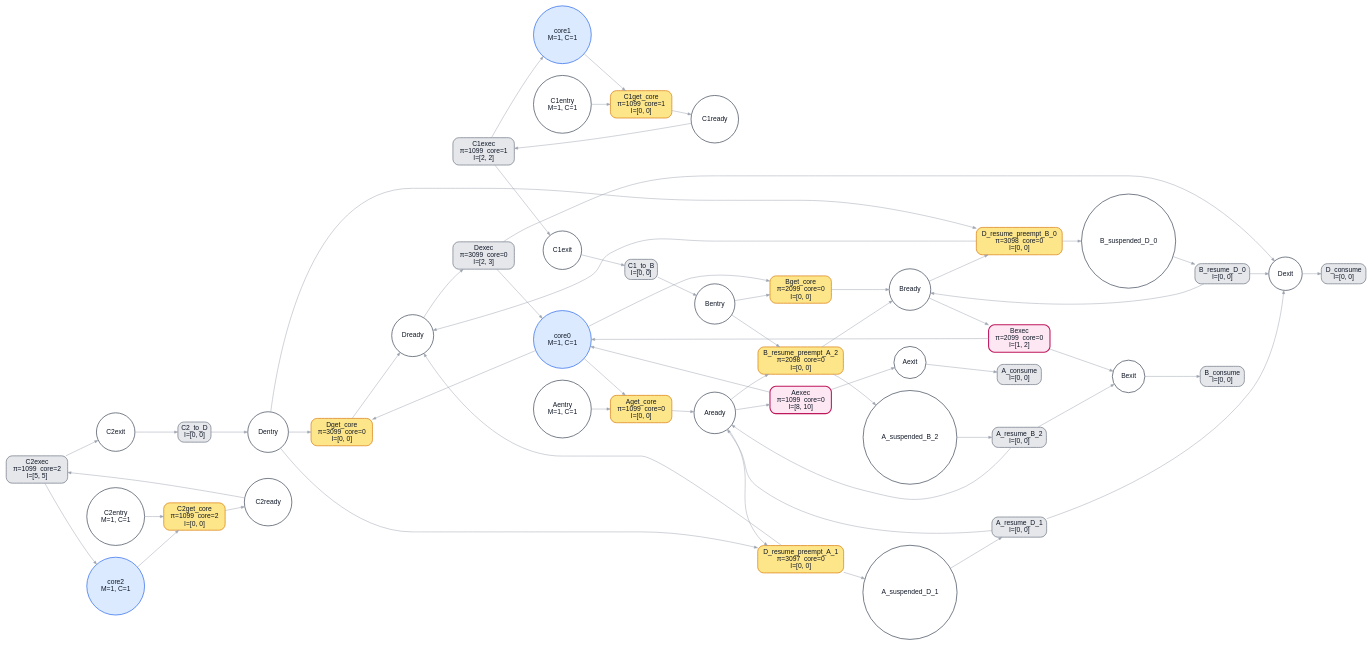
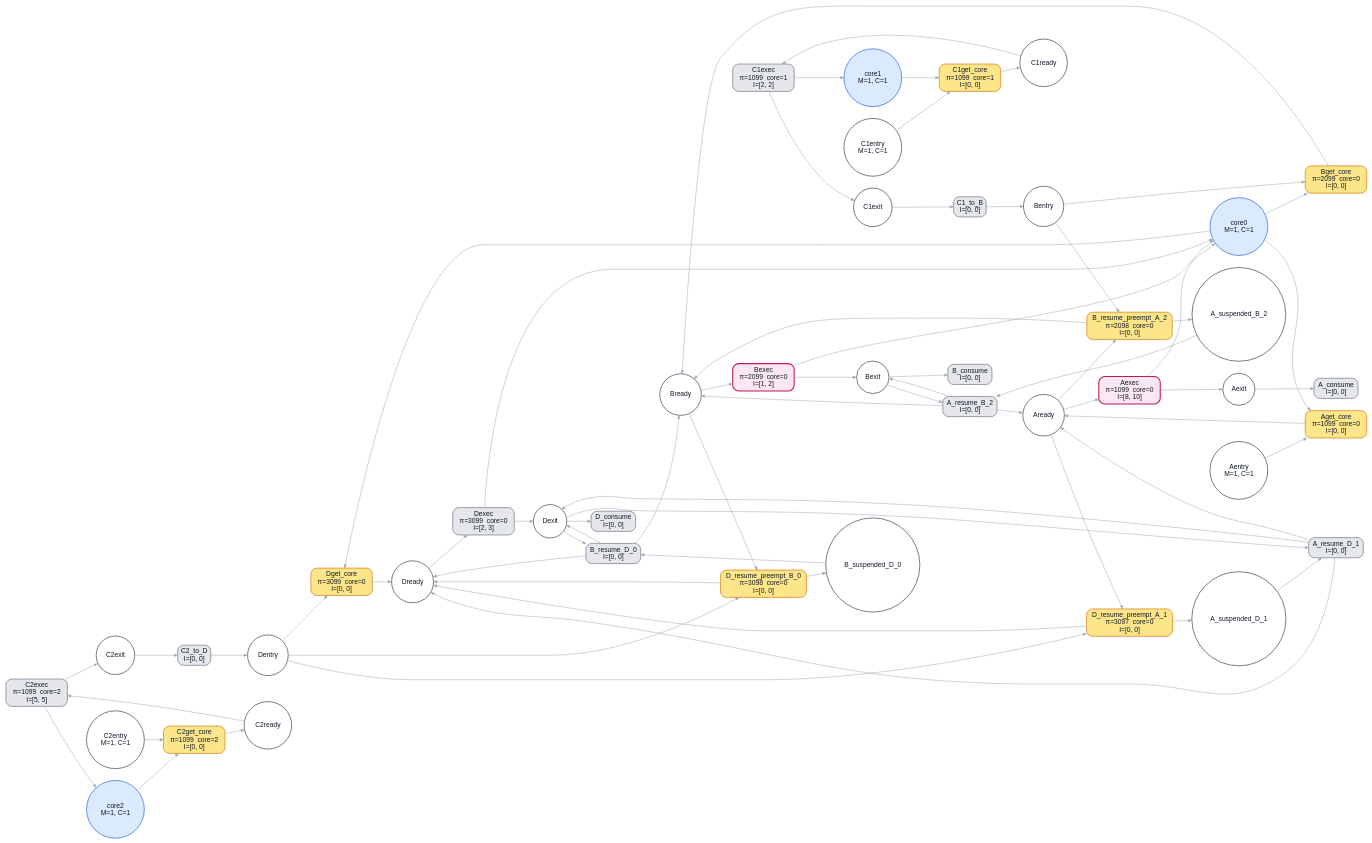
One commit to kevindadi/PPTPN changed the diagram in example/bench/preemption_chain/ptpn.dot. Above: the diagram before and after it, drawn with Graphviz. The commit also changed 22 other files, not shown here.

```diff
--- a/example/bench/preemption_chain/ptpn.dot
+++ b/example/bench/preemption_chain/ptpn.dot
@@ -1,105 +1,111 @@
 digraph G {
 graph [rankdir=LR, fontname="Helvetica", nodesep=0.35, ranksep=0.55, bgcolor="white"];
 node [fontname="Helvetica", margin=0.08, style="filled,rounded", fontcolor="#111827"];
 edge [fontname="Helvetica", color="#9ca3af", arrowsize=0.7];
 "Dentry" [label="Dentry", shape="circle", style="filled,rounded", fillcolor="#ffffff", color="#374151", fontcolor="#111827", penwidth="1.4"];
 "Dready" [label="Dready", shape="circle", style="filled,rounded", fillcolor="#ffffff", color="#374151", fontcolor="#111827", penwidth="1.4"];
 "Dexit" [label="Dexit", shape="circle", style="filled,rounded", fillcolor="#ffffff", color="#374151", fontcolor="#111827", penwidth="1.4"];
 "C2entry" [label="C2entry\nM=1, C=1", shape="circle", style="filled,rounded", fillcolor="#ffffff", color="#374151", fontcolor="#111827", penwidth="1.4"];
 "C2ready" [label="C2ready", shape="circle", style="filled,rounded", fillcolor="#ffffff", color="#374151", fontcolor="#111827", penwidth="1.4"];
 "C2exit" [label="C2exit", shape="circle", style="filled,rounded", fillcolor="#ffffff", color="#374151", fontcolor="#111827", penwidth="1.4"];
 "Bentry" [label="Bentry", shape="circle", style="filled,rounded", fillcolor="#ffffff", color="#374151", fontcolor="#111827", penwidth="1.4"];
 "Bready" [label="Bready", shape="circle", style="filled,rounded", fillcolor="#ffffff", color="#374151", fontcolor="#111827", penwidth="1.4"];
 "Bexit" [label="Bexit", shape="circle", style="filled,rounded", fillcolor="#ffffff", color="#374151", fontcolor="#111827", penwidth="1.4"];
 "C1entry" [label="C1entry\nM=1, C=1", shape="circle", style="filled,rounded", fillcolor="#ffffff", color="#374151", fontcolor="#111827", penwidth="1.4"];
 "C1ready" [label="C1ready", shape="circle", style="filled,rounded", fillcolor="#ffffff", color="#374151", fontcolor="#111827", penwidth="1.4"];
 "C1exit" [label="C1exit", shape="circle", style="filled,rounded", fillcolor="#ffffff", color="#374151", fontcolor="#111827", penwidth="1.4"];
 "Aentry" [label="Aentry\nM=1, C=1", shape="circle", style="filled,rounded", fillcolor="#ffffff", color="#374151", fontcolor="#111827", penwidth="1.4"];
 "Aready" [label="Aready", shape="circle", style="filled,rounded", fillcolor="#ffffff", color="#374151", fontcolor="#111827", penwidth="1.4"];
 "Aexit" [label="Aexit", shape="circle", style="filled,rounded", fillcolor="#ffffff", color="#374151", fontcolor="#111827", penwidth="1.4"];
 "B_suspended_D_0" [label="B_suspended_D_0", shape="circle", style="filled,rounded", fillcolor="#ffffff", color="#374151", fontcolor="#111827", penwidth="1.4"];
 "A_suspended_D_1" [label="A_suspended_D_1", shape="circle", style="filled,rounded", fillcolor="#ffffff", color="#374151", fontcolor="#111827", penwidth="1.4"];
 "A_suspended_B_2" [label="A_suspended_B_2", shape="circle", style="filled,rounded", fillcolor="#ffffff", color="#374151", fontcolor="#111827", penwidth="1.4"];
 "core0" [label="core0\nM=1, C=1", shape="circle", style="filled,rounded", fillcolor="#dbeafe", color="#2563eb", fontcolor="#111827", penwidth="1.4"];
 "core1" [label="core1\nM=1, C=1", shape="circle", style="filled,rounded", fillcolor="#dbeafe", color="#2563eb", fontcolor="#111827", penwidth="1.4"];
 "core2" [label="core2\nM=1, C=1", shape="circle", style="filled,rounded", fillcolor="#dbeafe", color="#2563eb", fontcolor="#111827", penwidth="1.4"];
 "Dget_core" [label="Dget_core\nπ=3099  core=0\nI=[0, 0]", shape="box", style="filled,rounded", fillcolor="#fde68a", color="#d97706", fontcolor="#111827", penwidth="1.4"];
 "Dexec" [label="Dexec\nπ=3099  core=0\nI=[2, 3]", shape="box", style="filled,rounded", fillcolor="#e5e7eb", color="#6b7280", fontcolor="#111827", penwidth="1.4"];
 "C2get_core" [label="C2get_core\nπ=1099  core=2\nI=[0, 0]", shape="box", style="filled,rounded", fillcolor="#fde68a", color="#d97706", fontcolor="#111827", penwidth="1.4"];
 "C2exec" [label="C2exec\nπ=1099  core=2\nI=[5, 5]", shape="box", style="filled,rounded", fillcolor="#e5e7eb", color="#6b7280", fontcolor="#111827", penwidth="1.4"];
 "Bget_core" [label="Bget_core\nπ=2099  core=0\nI=[0, 0]", shape="box", style="filled,rounded", fillcolor="#fde68a", color="#d97706", fontcolor="#111827", penwidth="1.4"];
 "Bexec" [label="Bexec\nπ=2099  core=0\nI=[1, 2]", shape="box", style="filled,rounded", fillcolor="#fce7f3", color="#be185d", fontcolor="#111827", penwidth="2.2"];
 "C1get_core" [label="C1get_core\nπ=1099  core=1\nI=[0, 0]", shape="box", style="filled,rounded", fillcolor="#fde68a", color="#d97706", fontcolor="#111827", penwidth="1.4"];
 "C1exec" [label="C1exec\nπ=1099  core=1\nI=[2, 2]", shape="box", style="filled,rounded", fillcolor="#e5e7eb", color="#6b7280", fontcolor="#111827", penwidth="1.4"];
 "Aget_core" [label="Aget_core\nπ=1099  core=0\nI=[0, 0]", shape="box", style="filled,rounded", fillcolor="#fde68a", color="#d97706", fontcolor="#111827", penwidth="1.4"];
 "Aexec" [label="Aexec\nπ=1099  core=0\nI=[8, 10]", shape="box", style="filled,rounded", fillcolor="#fce7f3", color="#be185d", fontcolor="#111827", penwidth="2.2"];
 "C1_to_B" [label="C1_to_B\nI=[0, 0]", shape="box", style="filled,rounded", fillcolor="#e5e7eb", color="#6b7280", fontcolor="#111827", penwidth="1.4"];
 "C2_to_D" [label="C2_to_D\nI=[0, 0]", shape="box", style="filled,rounded", fillcolor="#e5e7eb", color="#6b7280", fontcolor="#111827", penwidth="1.4"];
 "A_consume" [label="A_consume\nI=[0, 0]", shape="box", style="filled,rounded", fillcolor="#e5e7eb", color="#6b7280", fontcolor="#111827", penwidth="1.4"];
 "B_consume" [label="B_consume\nI=[0, 0]", shape="box", style="filled,rounded", fillcolor="#e5e7eb", color="#6b7280", fontcolor="#111827", penwidth="1.4"];
 "D_consume" [label="D_consume\nI=[0, 0]", shape="box", style="filled,rounded", fillcolor="#e5e7eb", color="#6b7280", fontcolor="#111827", penwidth="1.4"];
 "D_resume_preempt_B_0" [label="D_resume_preempt_B_0\nπ=3098  core=0\nI=[0, 0]", shape="box", style="filled,rounded", fillcolor="#fde68a", color="#d97706", fontcolor="#111827", penwidth="1.4"];
 "B_resume_D_0" [label="B_resume_D_0\nI=[0, 0]", shape="box", style="filled,rounded", fillcolor="#e5e7eb", color="#6b7280", fontcolor="#111827", penwidth="1.4"];
 "D_resume_preempt_A_1" [label="D_resume_preempt_A_1\nπ=3097  core=0\nI=[0, 0]", shape="box", style="filled,rounded", fillcolor="#fde68a", color="#d97706", fontcolor="#111827", penwidth="1.4"];
 "A_resume_D_1" [label="A_resume_D_1\nI=[0, 0]", shape="box", style="filled,rounded", fillcolor="#e5e7eb", color="#6b7280", fontcolor="#111827", penwidth="1.4"];
 "B_resume_preempt_A_2" [label="B_resume_preempt_A_2\nπ=2098  core=0\nI=[0, 0]", shape="box", style="filled,rounded", fillcolor="#fde68a", color="#d97706", fontcolor="#111827", penwidth="1.4"];
 "A_resume_B_2" [label="A_resume_B_2\nI=[0, 0]", shape="box", style="filled,rounded", fillcolor="#e5e7eb", color="#6b7280", fontcolor="#111827", penwidth="1.4"];
 "Dentry" -> "Dget_core" [label="", color="#9ca3af", penwidth="1.0"];
 "Dentry" -> "D_resume_preempt_B_0" [label="", color="#9ca3af", penwidth="1.0"];
 "Dentry" -> "D_resume_preempt_A_1" [label="", color="#9ca3af", penwidth="1.0"];
 "Dready" -> "Dexec" [label="", color="#9ca3af", penwidth="1.0"];
 "Dexit" -> "D_consume" [label="", color="#9ca3af", penwidth="1.0"];
+"Dexit" -> "B_resume_D_0" [label="", color="#9ca3af", penwidth="1.0"];
+"Dexit" -> "A_resume_D_1" [label="", color="#9ca3af", penwidth="1.0"];
 "C2entry" -> "C2get_core" [label="", color="#9ca3af", penwidth="1.0"];
 "C2ready" -> "C2exec" [label="", color="#9ca3af", penwidth="1.0"];
 "C2exit" -> "C2_to_D" [label="", color="#9ca3af", penwidth="1.0"];
 "Bentry" -> "Bget_core" [label="", color="#9ca3af", penwidth="1.0"];
 "Bentry" -> "B_resume_preempt_A_2" [label="", color="#9ca3af", penwidth="1.0"];
 "Bready" -> "Bexec" [label="", color="#9ca3af", penwidth="1.0"];
 "Bready" -> "D_resume_preempt_B_0" [label="", color="#9ca3af", penwidth="1.0"];
 "Bexit" -> "B_consume" [label="", color="#9ca3af", penwidth="1.0"];
+"Bexit" -> "A_resume_B_2" [label="", color="#9ca3af", penwidth="1.0"];
 "C1entry" -> "C1get_core" [label="", color="#9ca3af", penwidth="1.0"];
 "C1ready" -> "C1exec" [label="", color="#9ca3af", penwidth="1.0"];
 "C1exit" -> "C1_to_B" [label="", color="#9ca3af", penwidth="1.0"];
 "Aentry" -> "Aget_core" [label="", color="#9ca3af", penwidth="1.0"];
 "Aready" -> "Aexec" [label="", color="#9ca3af", penwidth="1.0"];
 "Aready" -> "D_resume_preempt_A_1" [label="", color="#9ca3af", penwidth="1.0"];
 "Aready" -> "B_resume_preempt_A_2" [label="", color="#9ca3af", penwidth="1.0"];
 "Aexit" -> "A_consume" [label="", color="#9ca3af", penwidth="1.0"];
 "B_suspended_D_0" -> "B_resume_D_0" [label="", color="#9ca3af", penwidth="1.0"];
 "A_suspended_D_1" -> "A_resume_D_1" [label="", color="#9ca3af", penwidth="1.0"];
 "A_suspended_B_2" -> "A_resume_B_2" [label="", color="#9ca3af", penwidth="1.0"];
 "core0" -> "Dget_core" [label="", color="#9ca3af", penwidth="1.0"];
 "core0" -> "Bget_core" [label="", color="#9ca3af", penwidth="1.0"];
 "core0" -> "Aget_core" [label="", color="#9ca3af", penwidth="1.0"];
 "core1" -> "C1get_core" [label="", color="#9ca3af", penwidth="1.0"];
 "core2" -> "C2get_core" [label="", color="#9ca3af", penwidth="1.0"];
 "Dget_core" -> "Dready" [label="", color="#9ca3af", penwidth="1.0"];
 "Dexec" -> "Dexit" [label="", color="#9ca3af", penwidth="1.0"];
 "Dexec" -> "core0" [label="", color="#9ca3af", penwidth="1.0"];
 "C2get_core" -> "C2ready" [label="", color="#9ca3af", penwidth="1.0"];
 "C2exec" -> "C2exit" [label="", color="#9ca3af", penwidth="1.0"];
 "C2exec" -> "core2" [label="", color="#9ca3af", penwidth="1.0"];
 "Bget_core" -> "Bready" [label="", color="#9ca3af", penwidth="1.0"];
 "Bexec" -> "Bexit" [label="", color="#9ca3af", penwidth="1.0"];
 "Bexec" -> "core0" [label="", color="#9ca3af", penwidth="1.0"];
 "C1get_core" -> "C1ready" [label="", color="#9ca3af", penwidth="1.0"];
 "C1exec" -> "C1exit" [label="", color="#9ca3af", penwidth="1.0"];
 "C1exec" -> "core1" [label="", color="#9ca3af", penwidth="1.0"];
 "Aget_core" -> "Aready" [label="", color="#9ca3af", penwidth="1.0"];
 "Aexec" -> "Aexit" [label="", color="#9ca3af", penwidth="1.0"];
 "Aexec" -> "core0" [label="", color="#9ca3af", penwidth="1.0"];
 "C1_to_B" -> "Bentry" [label="", color="#9ca3af", penwidth="1.0"];
 "C2_to_D" -> "Dentry" [label="", color="#9ca3af", penwidth="1.0"];
 "D_resume_preempt_B_0" -> "Dready" [label="", color="#9ca3af", penwidth="1.0"];
 "D_resume_preempt_B_0" -> "B_suspended_D_0" [label="", color="#9ca3af", penwidth="1.0"];
+"B_resume_D_0" -> "Dready" [label="", color="#9ca3af", penwidth="1.0"];
 "B_resume_D_0" -> "Dexit" [label="", color="#9ca3af", penwidth="1.0"];
 "B_resume_D_0" -> "Bready" [label="", color="#9ca3af", penwidth="1.0"];
 "D_resume_preempt_A_1" -> "Dready" [label="", color="#9ca3af", penwidth="1.0"];
 "D_resume_preempt_A_1" -> "A_suspended_D_1" [label="", color="#9ca3af", penwidth="1.0"];
+"A_resume_D_1" -> "Dready" [label="", color="#9ca3af", penwidth="1.0"];
 "A_resume_D_1" -> "Dexit" [label="", color="#9ca3af", penwidth="1.0"];
 "A_resume_D_1" -> "Aready" [label="", color="#9ca3af", penwidth="1.0"];
 "B_resume_preempt_A_2" -> "Bready" [label="", color="#9ca3af", penwidth="1.0"];
 "B_resume_preempt_A_2" -> "A_suspended_B_2" [label="", color="#9ca3af", penwidth="1.0"];
+"A_resume_B_2" -> "Bready" [label="", color="#9ca3af", penwidth="1.0"];
 "A_resume_B_2" -> "Bexit" [label="", color="#9ca3af", penwidth="1.0"];
 "A_resume_B_2" -> "Aready" [label="", color="#9ca3af", penwidth="1.0"];
 }
```
